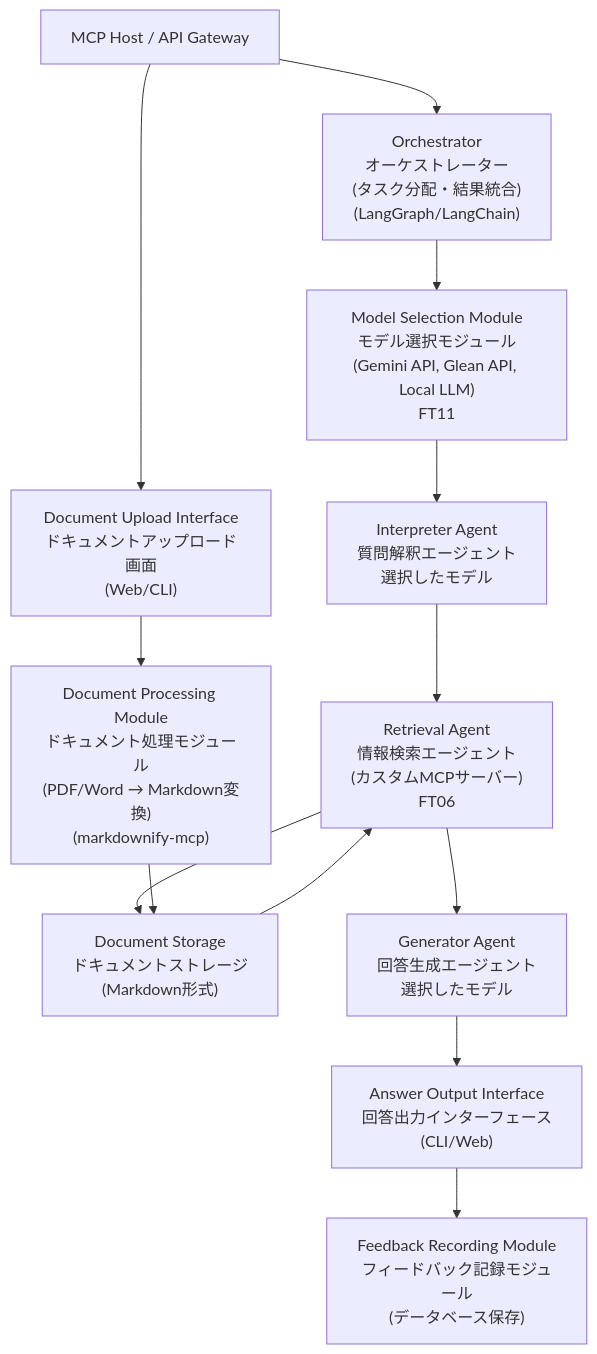
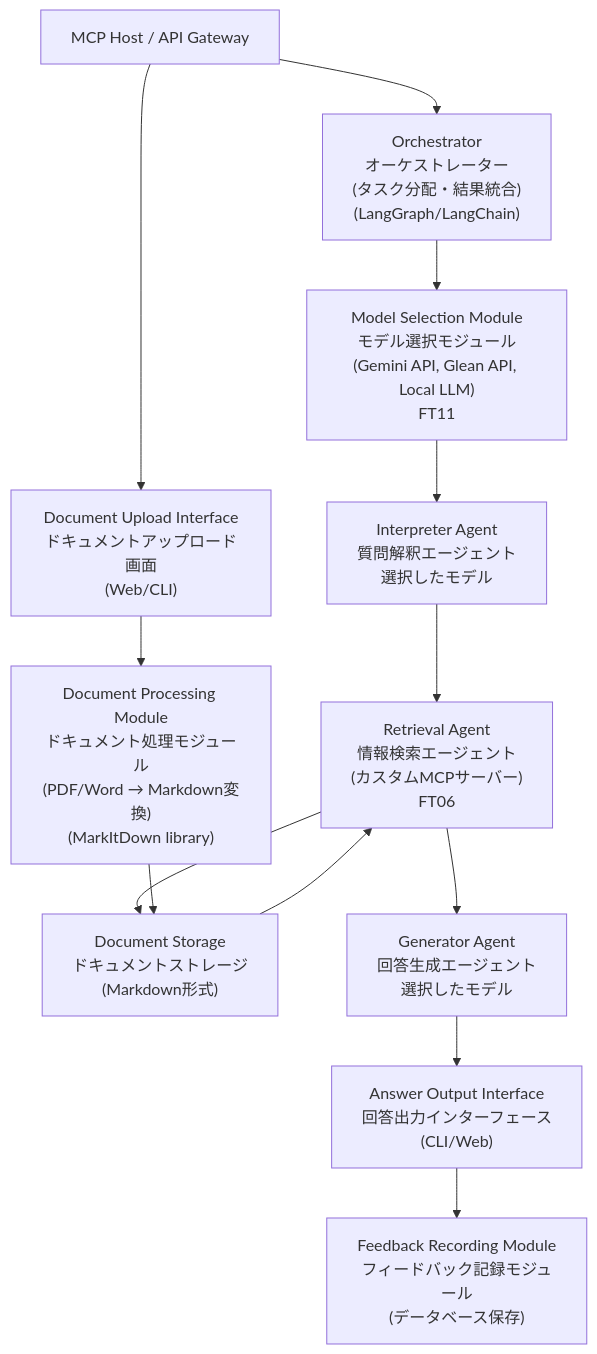
The second of 2 diagrams in docs/project_design.md (YHTR0257/lakda), drawn with Mermaid before and after one commit. The commit also changed other lines of this file and 3 other files, not shown here.

````diff
--- a/docs/project_design.md
+++ b/docs/project_design.md
@@ -152,15 +166,15 @@
 ```mermaid
 graph TD;
   A["MCP Host / API Gateway"] --> B["Orchestrator<br/>オーケストレーター<br/>(タスク分配・結果統合)<br/>(LangGraph/LangChain)"];
   B --> C["Model Selection Module<br/>モデル選択モジュール<br/>(Gemini API, Glean API, Local LLM)<br/>FT11"];
   C --> D["Interpreter Agent<br/>質問解釈エージェント<br/>選択したモデル"];
   D --> E["Retrieval Agent<br/>情報検索エージェント<br/>(カスタムMCPサーバー)<br/>FT06"];
   E --> F["Document Storage<br/>ドキュメントストレージ<br/>(Markdown形式)"];
   F --> E;
   E --> G["Generator Agent<br/>回答生成エージェント<br/>選択したモデル"];
   G --> H["Answer Output Interface<br/>回答出力インターフェース<br/>(CLI/Web)"];
   H --> I["Feedback Recording Module<br/>フィードバック記録モジュール<br/>(データベース保存)"];
   A --> J["Document Upload Interface<br/>ドキュメントアップロード画面<br/>(Web/CLI)"];
-  J --> K["Document Processing Module<br/>ドキュメント処理モジュール<br/>(PDF/Word → Markdown変換)<br/>(markdownify-mcp)"];
+  J --> K["Document Processing Module<br/>ドキュメント処理モジュール<br/>(PDF/Word → Markdown変換)<br/>(MarkItDown library)"];
   K --> F;
 ```
````
